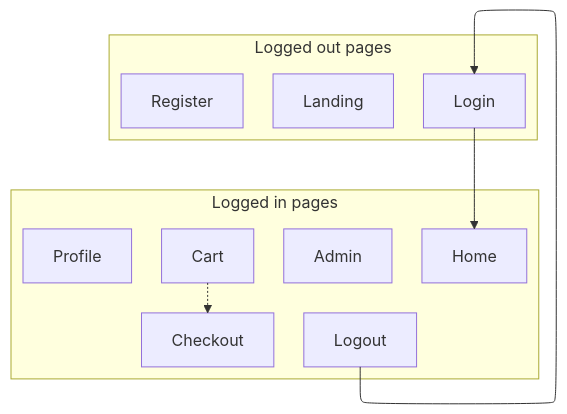
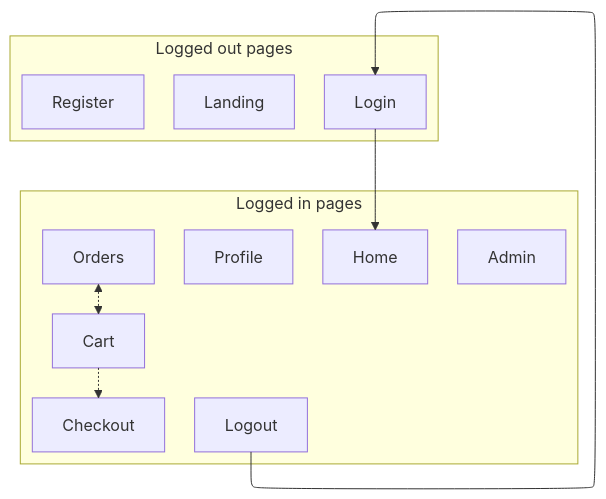
One commit to Heliodex/teamworking changed the diagram in docs/sitemap.md. Above: the diagram before and after it, drawn with Mermaid. The commit also changed 1 other file, not shown here.

Commit message:
Update ERD, sitemap, formatting

````diff
--- a/docs/sitemap.md
+++ b/docs/sitemap.md
@@ -1,23 +1,23 @@
 ```mermaid
 ---
 config:
     layout: elk
 ---
 graph
 	subgraph loggedout [Logged out pages]
 		Landing
 		Login
 		Register
 	end
 
 	subgraph loggedin [Logged in pages]
 		Home
-		Cart-.->Checkout
+		Orders<-.->Cart-.->Checkout
 		Profile
 		Admin
 		Logout
 	end
 
 	Logout-->Login
 	Login-->Home
 ```
````
